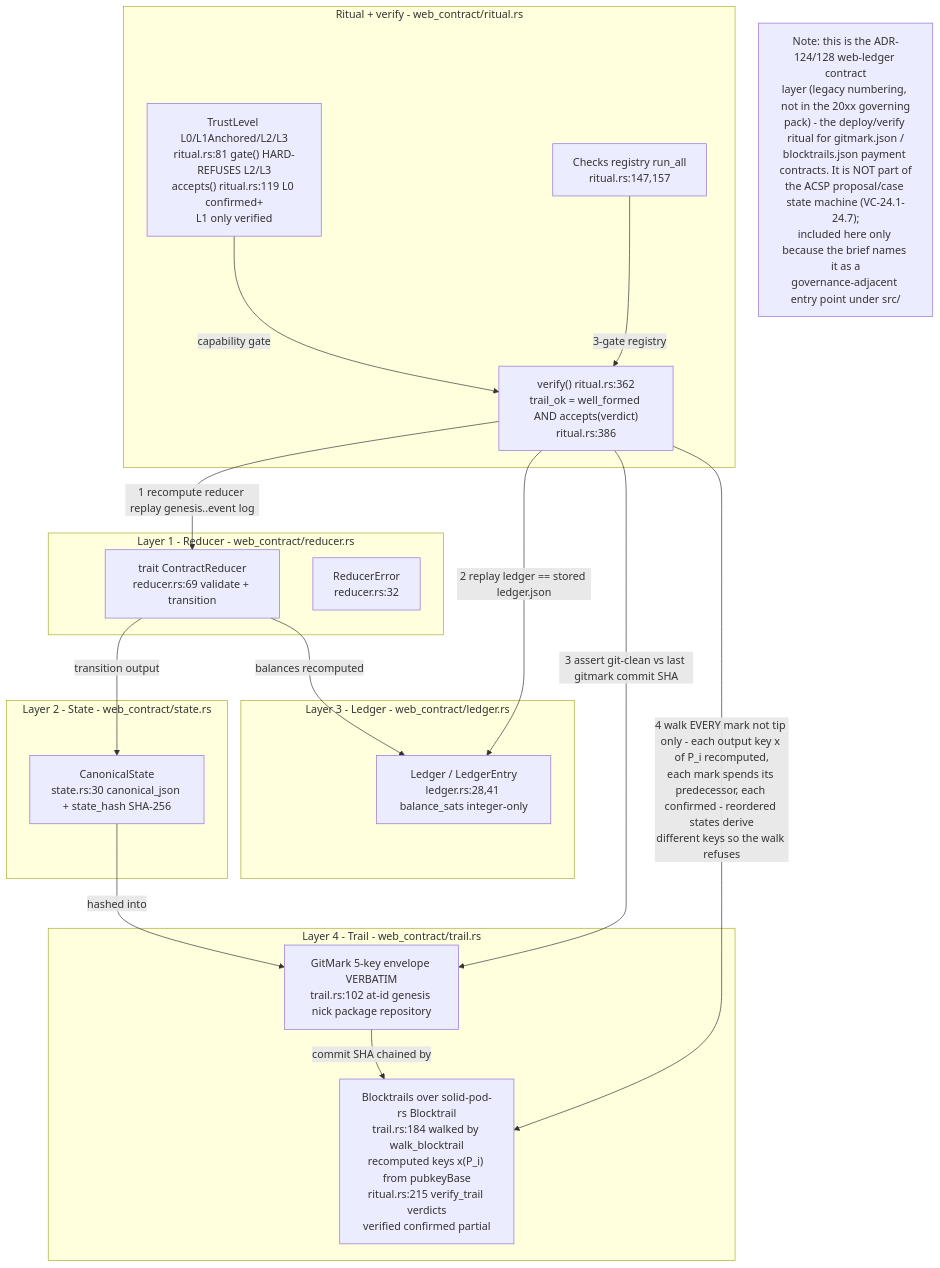
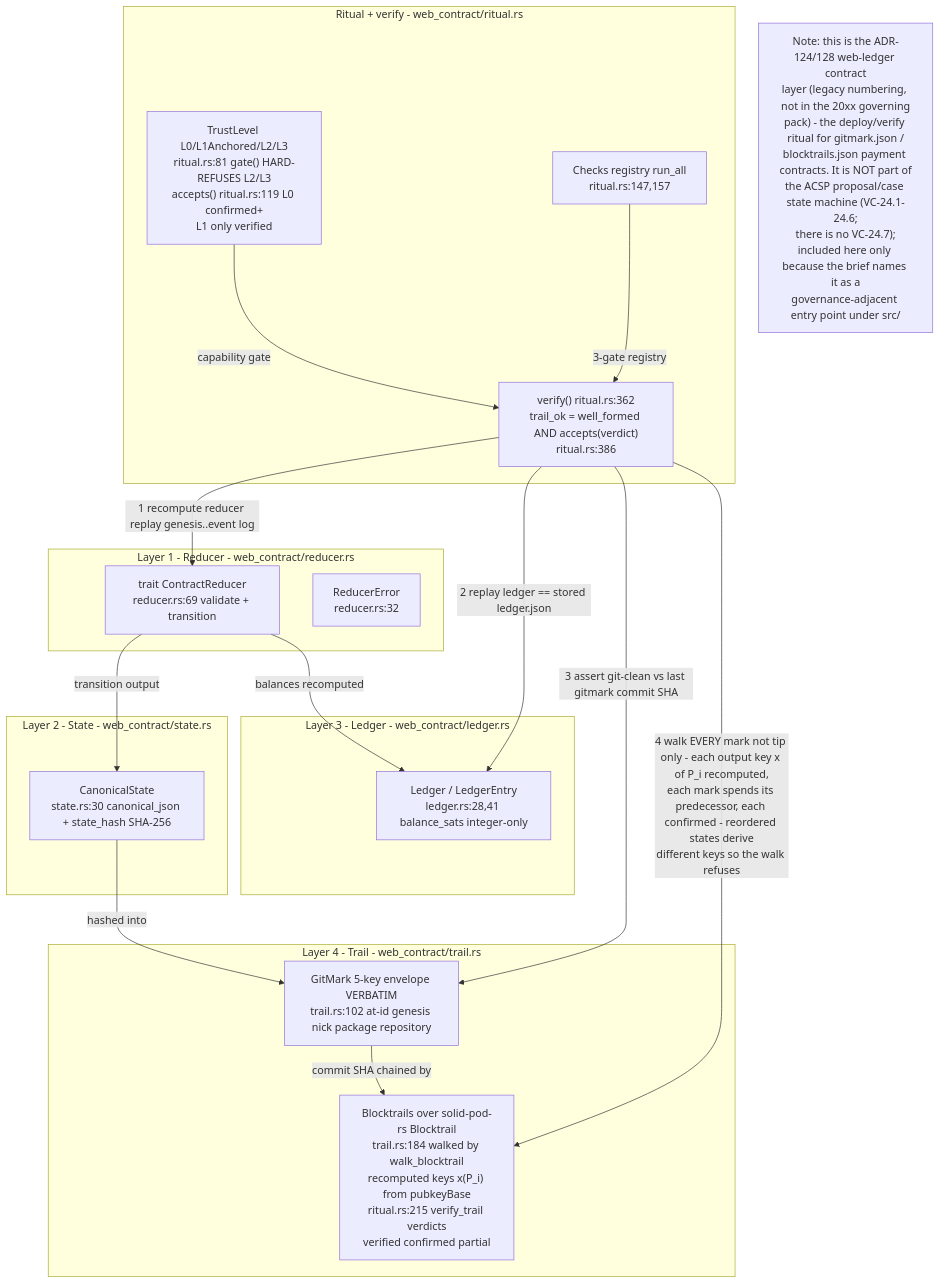
One commit to DreamLab-AI/VisionFlow changed the ninth of 12 diagrams in docs/diagrams/visionclaw/24-acsp-decision-elevation.md. Above: the diagram before and after it, drawn with Mermaid. The commit also changed other lines of this file and 173 other files, not shown here.

````diff
--- a/docs/diagrams/visionclaw/24-acsp-decision-elevation.md
+++ b/docs/diagrams/visionclaw/24-acsp-decision-elevation.md
@@ -341,33 +346,33 @@
 ```mermaid
 flowchart TB
     subgraph L1["Layer 1 - Reducer - web_contract/reducer.rs"]
         TR["trait ContractReducer<br/>reducer.rs:69 validate + transition"]
         RE["ReducerError<br/>reducer.rs:32"]
     end
     subgraph L2["Layer 2 - State - web_contract/state.rs"]
         CS["CanonicalState<br/>state.rs:30 canonical_json + state_hash SHA-256"]
     end
     subgraph L3["Layer 3 - Ledger - web_contract/ledger.rs"]
         LE["Ledger / LedgerEntry<br/>ledger.rs:28,41 balance_sats integer-only"]
     end
     subgraph L4["Layer 4 - Trail - web_contract/trail.rs"]
         GM["GitMark 5-key envelope VERBATIM<br/>trail.rs:102 at-id genesis nick package repository"]
         BT["Blocktrails over solid-pod-rs Blocktrail<br/>trail.rs:184 walked by walk_blocktrail<br/>recomputed keys x(P_i) from pubkeyBase<br/>ritual.rs:215 verify_trail verdicts<br/>verified confirmed partial"]
     end
     subgraph RIT["Ritual + verify - web_contract/ritual.rs"]
         TL["TrustLevel L0/L1Anchored/L2/L3<br/>ritual.rs:81 gate() HARD-REFUSES L2/L3<br/>accepts() ritual.rs:119 L0 confirmed+<br/>L1 only verified"]
         CH["Checks registry run_all<br/>ritual.rs:147,157"]
         VF["verify() ritual.rs:362<br/>trail_ok = well_formed AND accepts(verdict)<br/>ritual.rs:386"]
     end
     TR -->|transition output| CS
     CS -->|hashed into| GM
     TR -->|balances recomputed| LE
     GM -->|commit SHA chained by| BT
     VF -->|1 recompute reducer replay genesis..event log| TR
     VF -->|2 replay ledger == stored ledger.json| LE
     VF -->|3 assert git-clean vs last gitmark commit SHA| GM
     VF -->|4 walk EVERY mark not tip only - each output key x of P_i recomputed,<br/>each mark spends its predecessor, each confirmed - reordered states derive<br/>different keys so the walk refuses| BT
     CH -->|3-gate registry| VF
     TL -->|capability gate| VF
-    Note1["Note: this is the ADR-124/128 web-ledger contract<br/>layer (legacy numbering, not in the 20xx governing<br/>pack) - the deploy/verify ritual for gitmark.json /<br/>blocktrails.json payment contracts. It is NOT part of<br/>the ACSP proposal/case state machine (VC-24.1-24.7);<br/>included here only because the brief names it as a<br/>governance-adjacent entry point under src/"]
+    Note1["Note: this is the ADR-124/128 web-ledger contract<br/>layer (legacy numbering, not in the 20xx governing<br/>pack) - the deploy/verify ritual for gitmark.json /<br/>blocktrails.json payment contracts. It is NOT part of<br/>the ACSP proposal/case state machine (VC-24.1-24.6;<br/>there is no VC-24.7);<br/>included here only because the brief names it as a<br/>governance-adjacent entry point under src/"]
 ```
````
